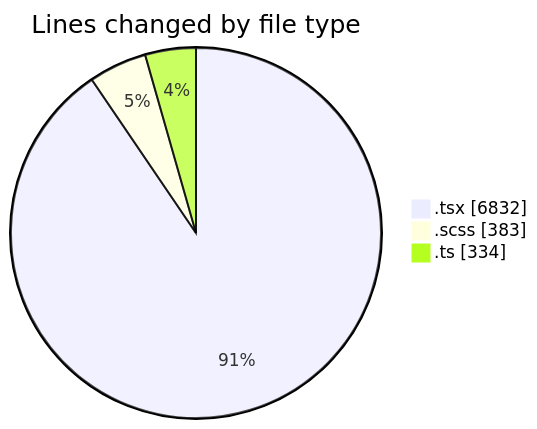
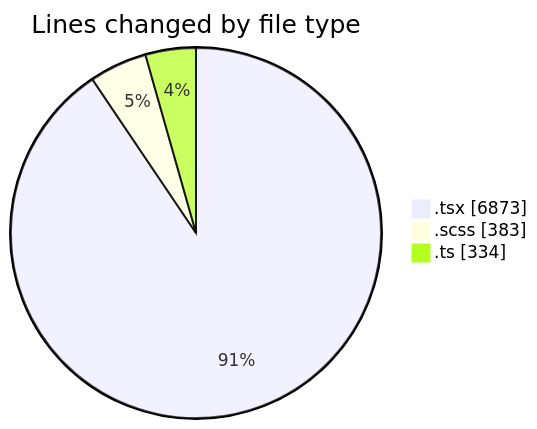
The first of 2 diagrams in 2025-07-03/cda/README.md (momahboobian/code-tracking), drawn with Mermaid before and after one commit. The commit also changed other lines of this file and 1 other file, not shown here.

````diff
--- a/2025-07-03/cda/README.md
+++ b/2025-07-03/cda/README.md
@@ -43,7 +43,7 @@
 ```mermaid
 pie showData
 title Lines changed by file type
-".tsx" : 6832
+".tsx" : 6873
 ".scss" : 383
 ".ts" : 334
 ```
````
